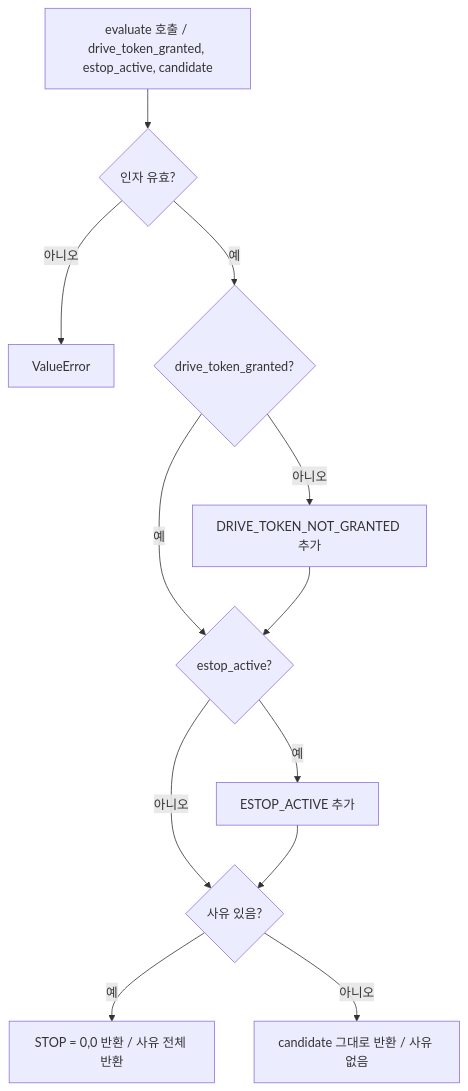
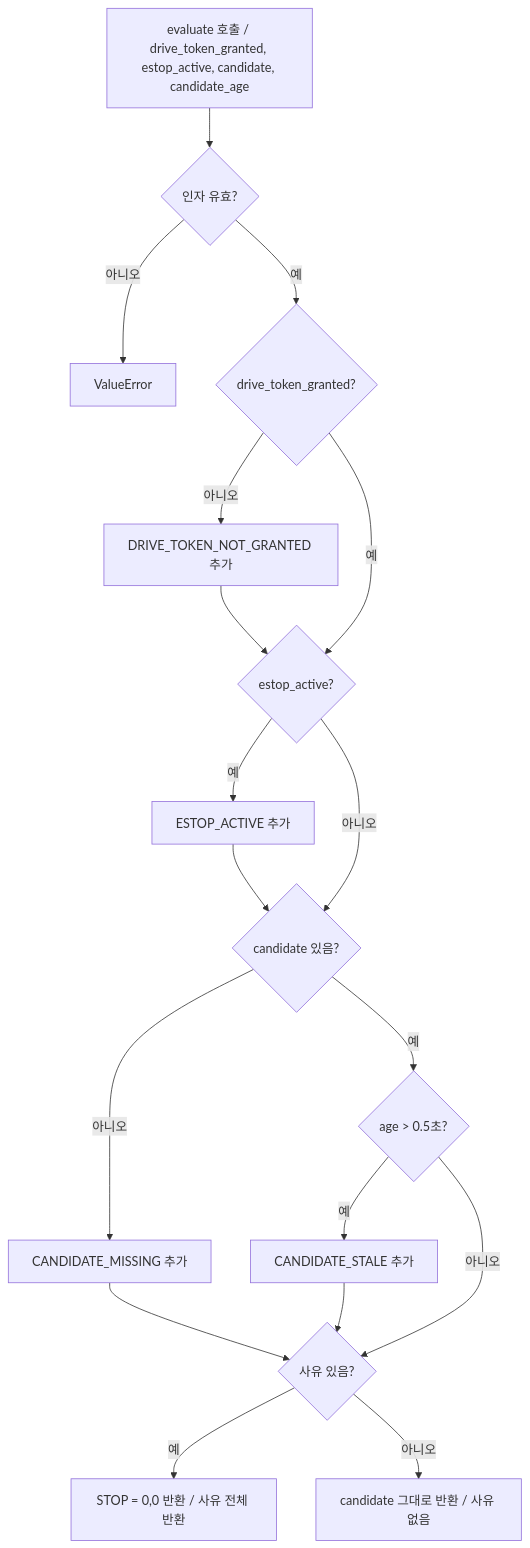
Before and after one commit to suuuhululu/patrol: the fourth of 8 diagrams in docs/amr.md, drawn with Mermaid. The commit also changed other lines of this file and 3 other files, not shown here.

```diff
--- a/docs/amr.md
+++ b/docs/amr.md
@@ -223,14 +232,20 @@
 ~~~mermaid
 flowchart TD
-    IN[evaluate 호출 / drive_token_granted, estop_active, candidate] --> V{인자 유효?}
+    IN[evaluate 호출 / drive_token_granted, estop_active, candidate, candidate_age] --> V{인자 유효?}
     V -->|아니오| ERR[ValueError]
     V -->|예| D{drive_token_granted?}
     D -->|아니오| R1[DRIVE_TOKEN_NOT_GRANTED 추가]
     D -->|예| E
     R1 --> E{estop_active?}
     E -->|예| R2[ESTOP_ACTIVE 추가]
-    E -->|아니오| CHK
-    R2 --> CHK{사유 있음?}
+    E -->|아니오| C
+    R2 --> C{candidate 있음?}
+    C -->|아니오| R3[CANDIDATE_MISSING 추가]
+    C -->|예| A{age > 0.5초?}
+    A -->|예| R4[CANDIDATE_STALE 추가]
+    A -->|아니오| CHK
+    R3 --> CHK{사유 있음?}
+    R4 --> CHK
     CHK -->|예| STOP[STOP = 0,0 반환 / 사유 전체 반환]
     CHK -->|아니오| PASS[candidate 그대로 반환 / 사유 없음]
 ~~~
```
